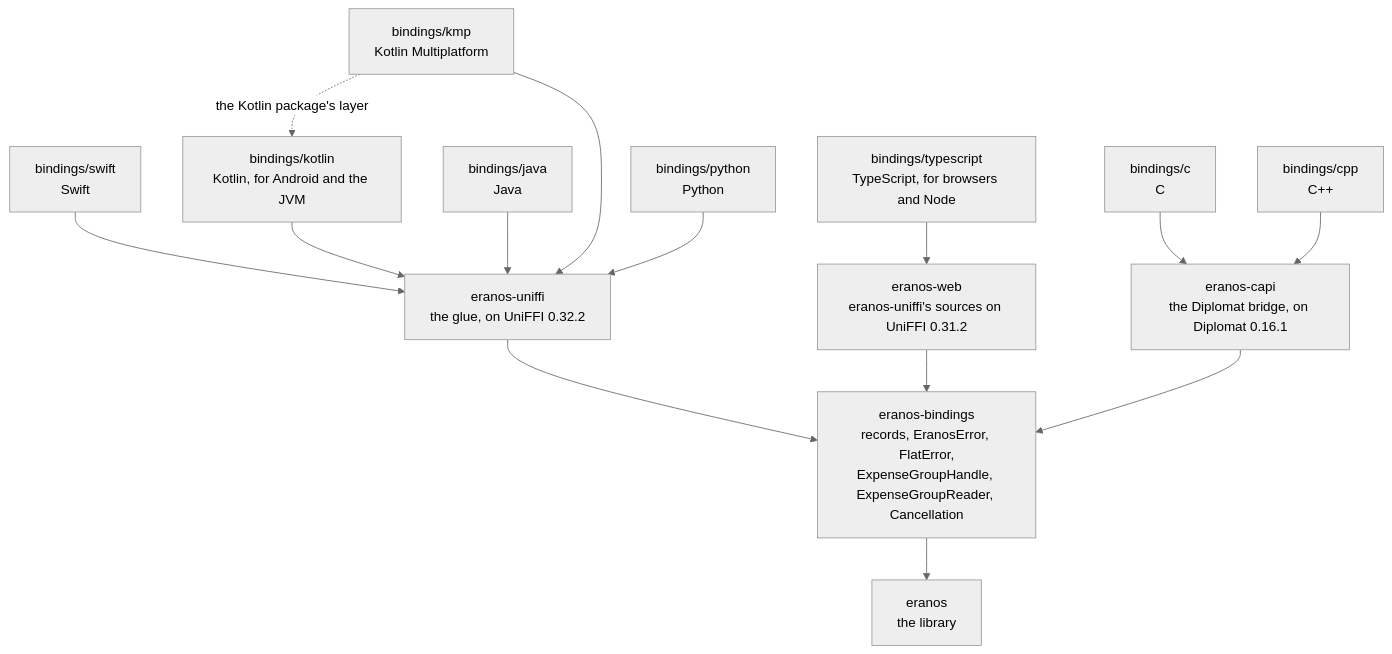
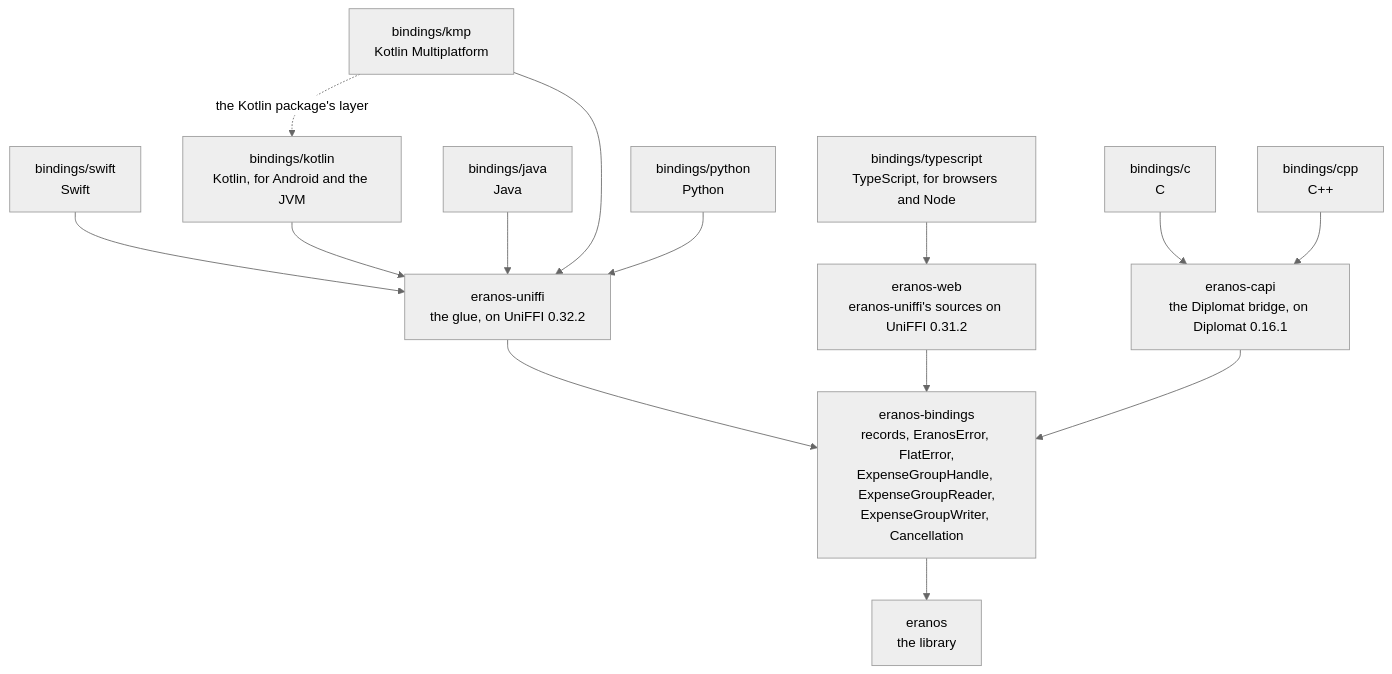
One commit to cristiancristea00/eranos changed the diagram in docs/BINDINGS.md. Above: the diagram before and after it, drawn with Mermaid (neutral theme). The commit also changed other lines of this file and 62 other files, not shown here.

````diff
--- a/docs/BINDINGS.md
+++ b/docs/BINDINGS.md
@@ -56,29 +56,29 @@
 ```mermaid
 flowchart TD
     SWIFT["bindings/swift<br/>Swift"]
     KOTLIN["bindings/kotlin<br/>Kotlin, for Android and the JVM"]
     JAVA["bindings/java<br/>Java"]
     KMPPACKAGE["bindings/kmp<br/>Kotlin Multiplatform"]
     TYPESCRIPT["bindings/typescript<br/>TypeScript, for browsers and Node"]
     C["bindings/c<br/>C"]
     CPP["bindings/cpp<br/>C++"]
     PYTHON["bindings/python<br/>Python"]
     UNIFFI["eranos-uniffi<br/>the glue, on UniFFI 0.32.2"]
     WEB["eranos-web<br/>eranos-uniffi's sources on UniFFI 0.31.2"]
     CAPI["eranos-capi<br/>the Diplomat bridge, on Diplomat 0.16.1"]
-    BINDINGS["eranos-bindings<br/>records, EranosError, FlatError,<br/>ExpenseGroupHandle, ExpenseGroupReader, Cancellation"]
+    BINDINGS["eranos-bindings<br/>records, EranosError, FlatError,<br/>ExpenseGroupHandle, ExpenseGroupReader,<br/>ExpenseGroupWriter, Cancellation"]
     FACADE["eranos<br/>the library"]
     SWIFT --> UNIFFI
     KOTLIN --> UNIFFI
     JAVA --> UNIFFI
     KMPPACKAGE --> UNIFFI
     KMPPACKAGE -.->|the Kotlin package's layer| KOTLIN
     TYPESCRIPT --> WEB
     C --> CAPI
     CPP --> CAPI
     PYTHON --> UNIFFI
     UNIFFI --> BINDINGS
     WEB --> BINDINGS
     CAPI --> BINDINGS
     BINDINGS --> FACADE
 ```
````
